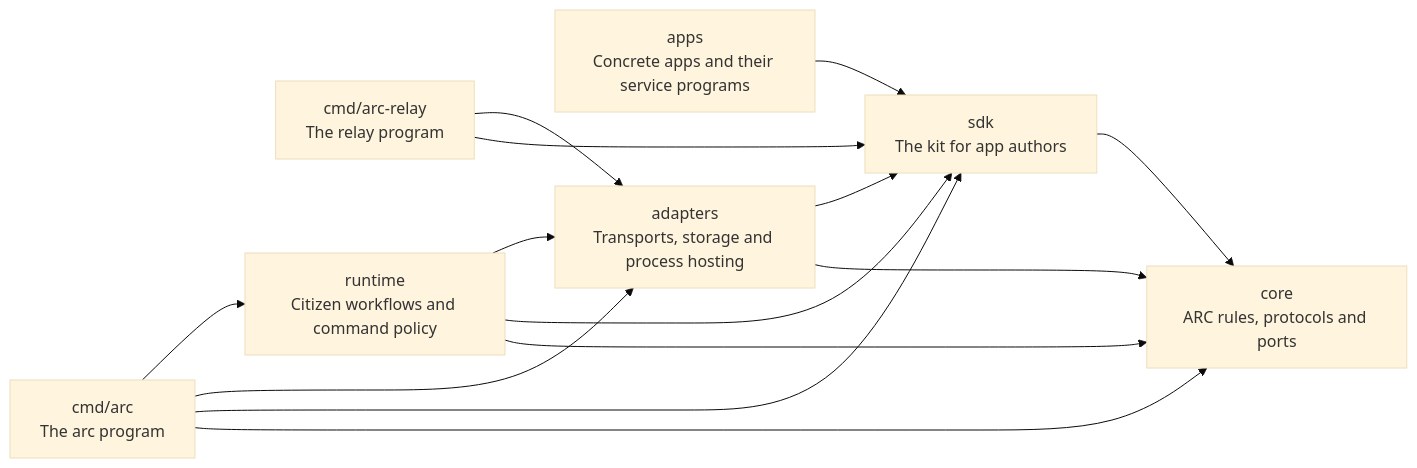
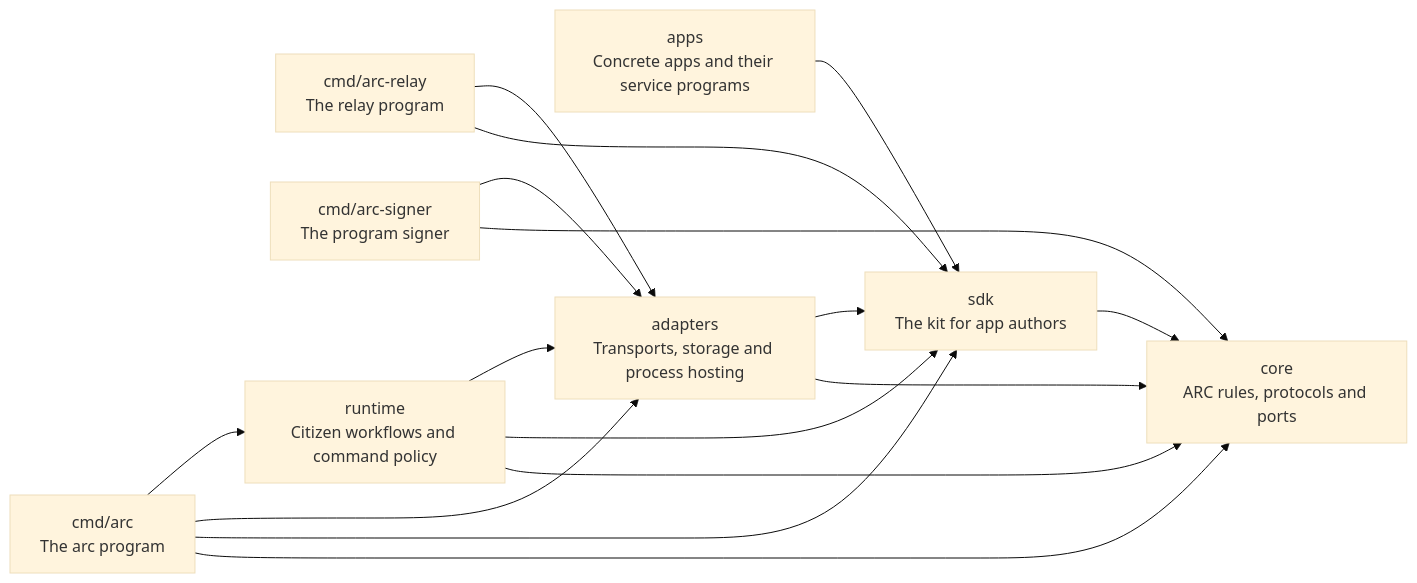
Before and after one commit to gezibash/arc: the diagram in docs/ARCHITECTURE.md, drawn with Mermaid (base theme). The commit also changed other lines of this file and 36 other files, not shown here.

````diff
--- a/docs/ARCHITECTURE.md
+++ b/docs/ARCHITECTURE.md
@@ -7,23 +7,26 @@
 ```mermaid
 flowchart LR
     ARC["cmd/arc<br/>The arc program"]
     RELAY["cmd/arc-relay<br/>The relay program"]
+    SIGNER["cmd/arc-signer<br/>The program signer"]
     APPS["apps<br/>Concrete apps and their service programs"]
     RUNTIME["runtime<br/>Citizen workflows and command policy"]
     ADAPTER["adapters<br/>Transports, storage and process hosting"]
     SDK["sdk<br/>The kit for app authors"]
     CORE["core<br/>ARC rules, protocols and ports"]
     ARC --> RUNTIME
     ARC --> ADAPTER
     ARC --> SDK
     ARC --> CORE
     RELAY --> ADAPTER
     RELAY --> SDK
+    SIGNER --> ADAPTER
+    SIGNER --> CORE
     APPS --> SDK
     RUNTIME --> ADAPTER
     RUNTIME --> SDK
     RUNTIME --> CORE
     ADAPTER --> SDK
     ADAPTER --> CORE
     SDK --> CORE
 ```
````
